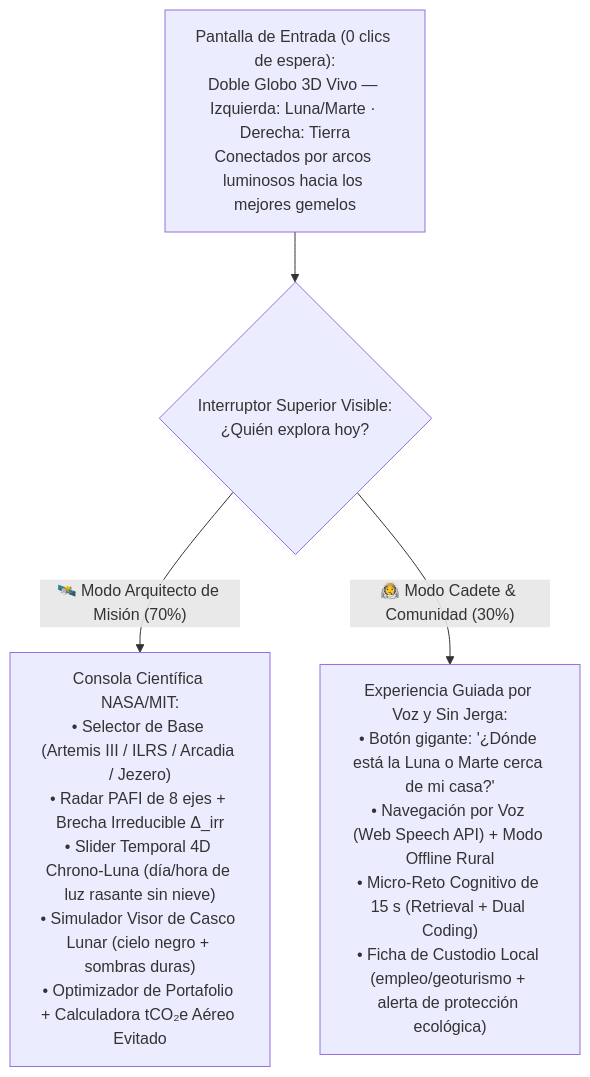
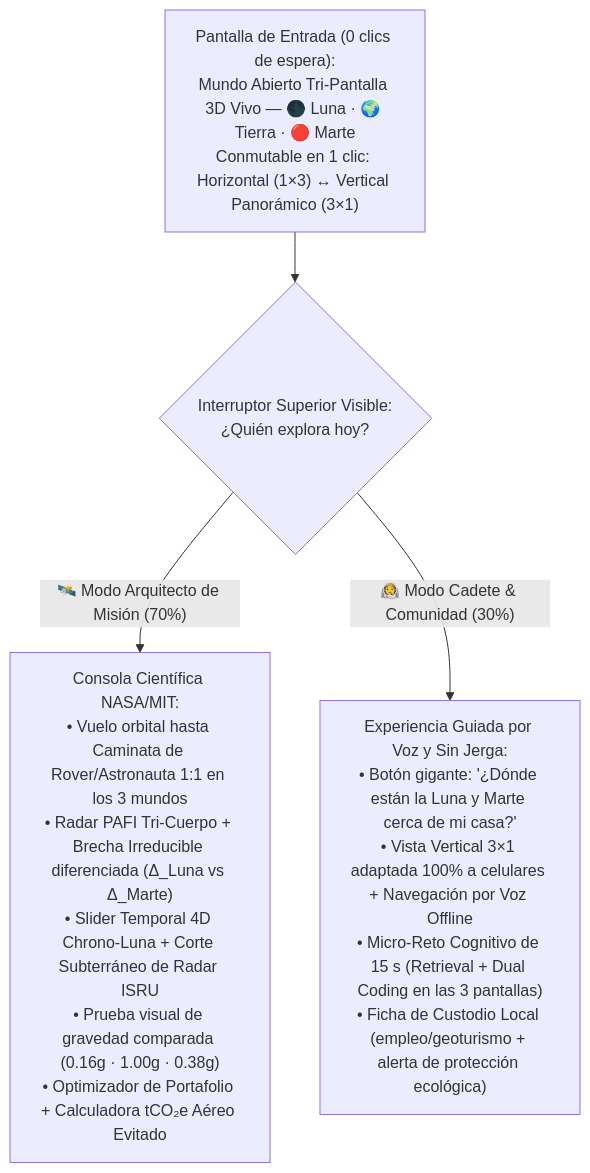
Before and after one commit to Delnr91/hackanasa: the diagram in 03_lluvia_ideas/03_identidad_marca_logo_ux_ui.md, drawn with Mermaid. The commit also changed other lines of this file and 8 other files, not shown here.

Commit message:
feat(architecture): add Tri-Screen Open-World Engine (Moon·Earth·Mars 1x3/3x1) & official team assets

````diff
--- a/03_lluvia_ideas/03_identidad_marca_logo_ux_ui.md
+++ b/03_lluvia_ideas/03_identidad_marca_logo_ux_ui.md
@@ -96,7 +96,7 @@
 ```mermaid
 flowchart TD
-    LAND["Pantalla de Entrada (0 clics de espera):<br/>Doble Globo 3D Vivo — Izquierda: Luna/Marte · Derecha: Tierra<br/>Conectados por arcos luminosos hacia los mejores gemelos"]
+    LAND["Pantalla de Entrada (0 clics de espera):<br/>Mundo Abierto Tri-Pantalla 3D Vivo — 🌑 Luna · 🌍 Tierra · 🔴 Marte<br/>Conmutable en 1 clic: Horizontal (1×3) ↔ Vertical Panorámico (3×1)"]
     LAND --> MODE{"Interruptor Superior Visible:<br/>¿Quién explora hoy?"}
-    MODE -->|"🛰️ Modo Arquitecto de Misión (70%)"| PRO["Consola Científica NASA/MIT:<br/>• Selector de Base (Artemis III / ILRS / Arcadia / Jezero)<br/>• Radar PAFI de 8 ejes + Brecha Irreducible Δ_irr<br/>• Slider Temporal 4D Chrono-Luna (día/hora de luz rasante sin nieve)<br/>• Simulador Visor de Casco Lunar (cielo negro + sombras duras)<br/>• Optimizador de Portafolio + Calculadora tCO₂e Aéreo Evitado"]
-    MODE -->|"🧑‍🚀 Modo Cadete & Comunidad (30%)"| EXP["Experiencia Guiada por Voz y Sin Jerga:<br/>• Botón gigante: '¿Dónde está la Luna o Marte cerca de mi casa?'<br/>• Navegación por Voz (Web Speech API) + Modo Offline Rural<br/>• Micro-Reto Cognitivo de 15 s (Retrieval + Dual Coding)<br/>• Ficha de Custodio Local (empleo/geoturismo + alerta de protección ecológica)"]
+    MODE -->|"🛰️ Modo Arquitecto de Misión (70%)"| PRO["Consola Científica NASA/MIT:<br/>• Vuelo orbital hasta Caminata de Rover/Astronauta 1:1 en los 3 mundos<br/>• Radar PAFI Tri-Cuerpo + Brecha Irreducible diferenciada (Δ_Luna vs Δ_Marte)<br/>• Slider Temporal 4D Chrono-Luna + Corte Subterráneo de Radar ISRU<br/>• Prueba visual de gravedad comparada (0.16g · 1.00g · 0.38g)<br/>• Optimizador de Portafolio + Calculadora tCO₂e Aéreo Evitado"]
+    MODE -->|"🧑‍🚀 Modo Cadete & Comunidad (30%)"| EXP["Experiencia Guiada por Voz y Sin Jerga:<br/>• Botón gigante: '¿Dónde están la Luna y Marte cerca de mi casa?'<br/>• Vista Vertical 3×1 adaptada 100% a celulares + Navegación por Voz Offline<br/>• Micro-Reto Cognitivo de 15 s (Retrieval + Dual Coding en las 3 pantallas)<br/>• Ficha de Custodio Local (empleo/geoturismo + alerta de protección ecológica)"]
 ```
````
